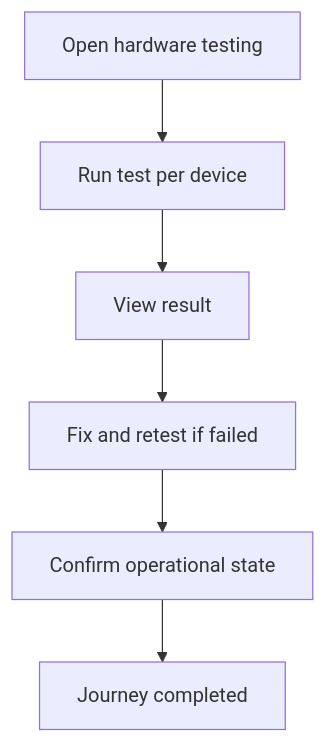
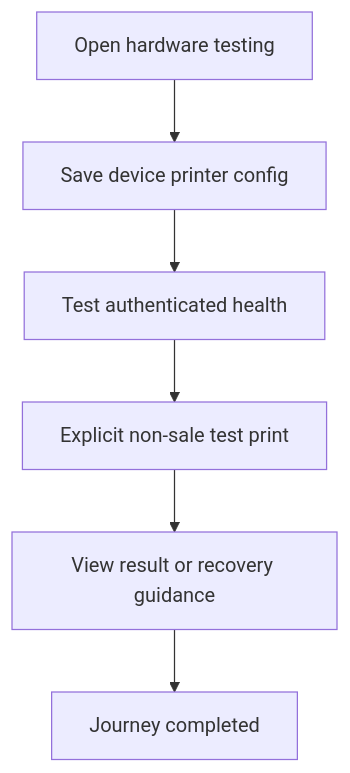
The diagram in 03_USER_JOURNEYS/Cashier/13_Hardware_Testing_Flow.md (unicomproject/Pos-system-Knowledge), drawn with Mermaid before and after one commit. The commit also changed other lines of this file and 45 other files, not shown here.

````diff
--- a/03_USER_JOURNEYS/Cashier/13_Hardware_Testing_Flow.md
+++ b/03_USER_JOURNEYS/Cashier/13_Hardware_Testing_Flow.md
@@ -46,9 +41,9 @@
 ```mermaid
 flowchart TD
     S1[Open hardware testing]
-    S1 --> S2[Run test per device]
-    S2 --> S3[View result]
-    S3 --> S4[Fix and retest if failed]
-    S4 --> S5[Confirm operational state]
+    S1 --> S2[Save device printer config]
+    S2 --> S3[Test authenticated health]
+    S3 --> S4[Explicit non-sale test print]
+    S4 --> S5[View result or recovery guidance]
     S5 --> Done[Journey completed]
 ```
````
